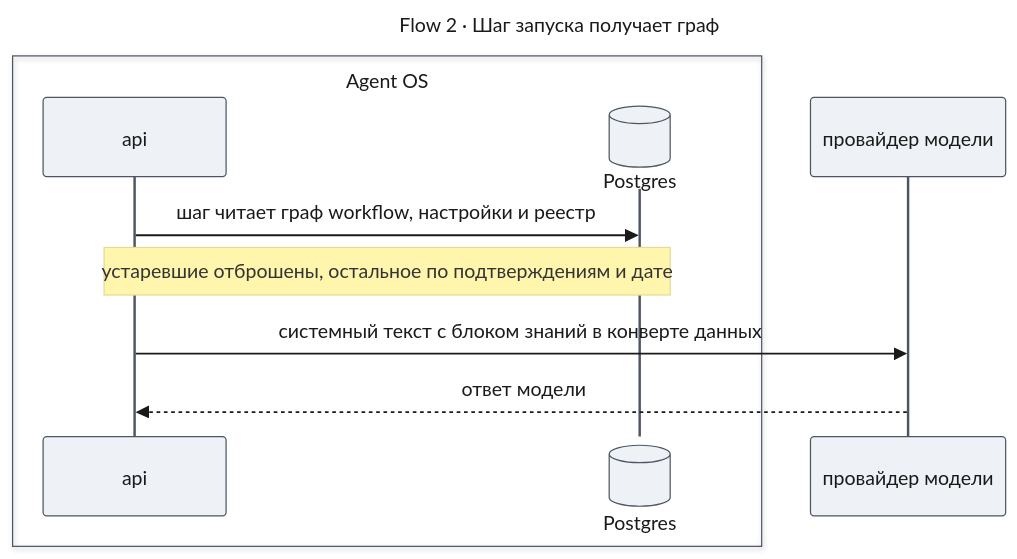
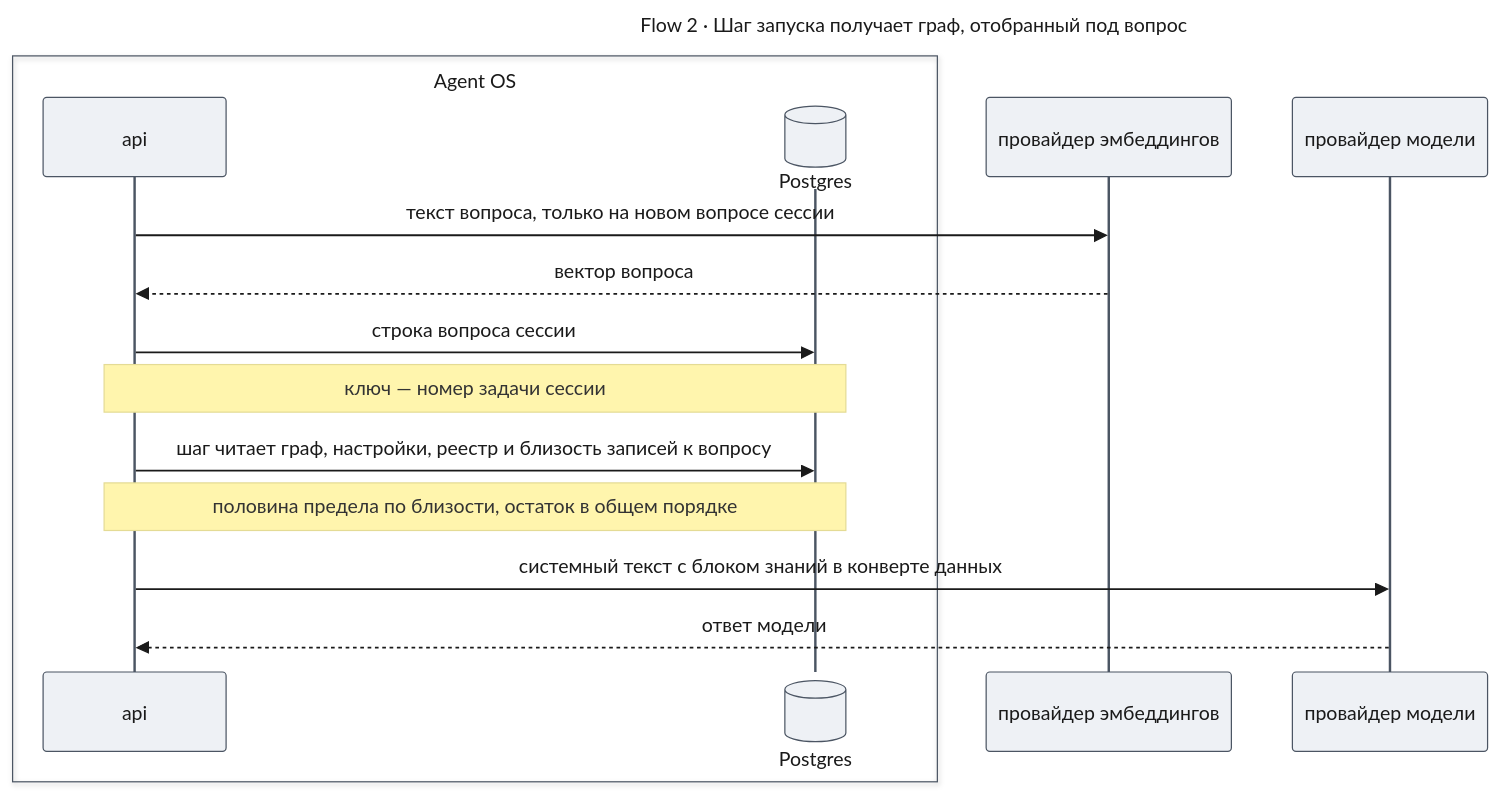
One commit to tundraray/agent-os changed the seventh of 11 diagrams in docs/features/self-learning/design-core.md. Above: the diagram before and after it, drawn with Mermaid. The commit also changed other lines of this file, not shown here.

````diff
--- a/docs/features/self-learning/design-core.md
+++ b/docs/features/self-learning/design-core.md
@@ -545,28 +602,37 @@
 ```mermaid
 ---
-title: "Flow 2 · Шаг запуска получает граф"
+title: "Flow 2 · Шаг запуска получает граф, отобранный под вопрос"
 config:
   theme: base
   look: classic
   themeVariables:
     primaryColor: "#eef1f5"
     primaryBorderColor: "#4b5563"
     primaryTextColor: "#1a1a1a"
     lineColor: "#6b7280"
   themeCSS: |
-    @keyframes litr_f2{0%,30%{stroke:#1d4ed8;stroke-width:6px}33.33%,100%{stroke:#37474f;stroke-width:2px}}
-    .messageLine0[data-id='i0'],.messageLine1[data-id='i0']{animation:litr_f2 3.6s linear 0s infinite}
-    .messageLine0[data-id='i2'],.messageLine1[data-id='i2']{animation:litr_f2 3.6s linear 1.2s infinite}
-    .messageLine0[data-id='i3'],.messageLine1[data-id='i3']{animation:litr_f2 3.6s linear 2.4s infinite}
+    @keyframes lit_f2{0%,15%{stroke:#991b1b;stroke-width:6px}16.67%,100%{stroke:#37474f;stroke-width:2px}}
+    @keyframes litr_f2{0%,15%{stroke:#1d4ed8;stroke-width:6px}16.67%,100%{stroke:#37474f;stroke-width:2px}}
+    .messageLine0[data-id='i0'],.messageLine1[data-id='i0']{animation:lit_f2 7.2s linear 0s infinite}
+    .messageLine0[data-id='i1'],.messageLine1[data-id='i1']{animation:litr_f2 7.2s linear 1.2s infinite}
+    .messageLine0[data-id='i2'],.messageLine1[data-id='i2']{animation:lit_f2 7.2s linear 2.4s infinite}
+    .messageLine0[data-id='i4'],.messageLine1[data-id='i4']{animation:litr_f2 7.2s linear 3.6s infinite}
+    .messageLine0[data-id='i6'],.messageLine1[data-id='i6']{animation:litr_f2 7.2s linear 4.8s infinite}
+    .messageLine0[data-id='i7'],.messageLine1[data-id='i7']{animation:litr_f2 7.2s linear 6s infinite}
 ---
 sequenceDiagram
     box Agent OS
         participant api
         participant DB@{ "type": "database" } as Postgres
     end
+    participant EMB as провайдер эмбеддингов
     participant LLM as провайдер модели
-    api->>DB: шаг читает граф workflow, настройки и реестр
-    Note over api,DB: устаревшие отброшены, остальное по подтверждениям и дате
+    api->>EMB: текст вопроса, только на новом вопросе сессии
+    EMB-->>api: вектор вопроса
+    api->>DB: строка вопроса сессии
+    Note over api,DB: ключ — номер задачи сессии
+    api->>DB: шаг читает граф, настройки, реестр и близость записей к вопросу
+    Note over api,DB: половина предела по близости, остаток в общем порядке
     api->>LLM: системный текст с блоком знаний в конверте данных
     LLM-->>api: ответ модели
 ```
````
